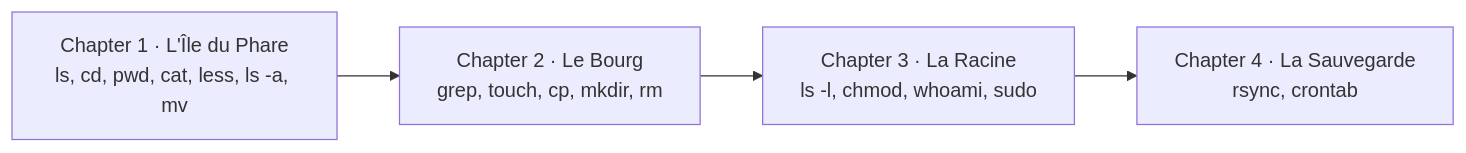
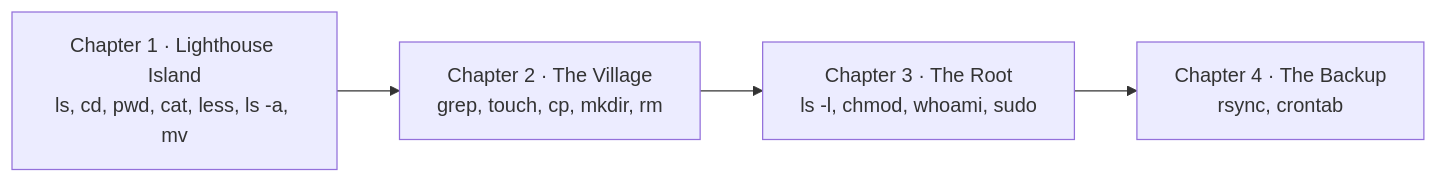
The diagram in docs/SCENARIOS.md (Rouages-du-net/quetes-de-sysadmin), drawn with Mermaid before and after one commit. The commit also changed other lines of this file and 3 other files, not shown here.

First line of the commit message:
Docs: English story names, roadmap housekeeping, the next story

````diff
--- a/docs/SCENARIOS.md
+++ b/docs/SCENARIOS.md
@@ -244,6 +244,6 @@
 ```mermaid
 flowchart LR
-  C1["Chapter 1 · L'Île du Phare<br/>ls, cd, pwd, cat, less, ls -a, mv"] --> C2["Chapter 2 · Le Bourg<br/>grep, touch, cp, mkdir, rm"]
-  C2 --> C3["Chapter 3 · La Racine<br/>ls -l, chmod, whoami, sudo"]
-  C3 --> C4["Chapter 4 · La Sauvegarde<br/>rsync, crontab"]
+  C1["Chapter 1 · Lighthouse Island<br/>ls, cd, pwd, cat, less, ls -a, mv"] --> C2["Chapter 2 · The Village<br/>grep, touch, cp, mkdir, rm"]
+  C2 --> C3["Chapter 3 · The Root<br/>ls -l, chmod, whoami, sudo"]
+  C3 --> C4["Chapter 4 · The Backup<br/>rsync, crontab"]
 ```
````
